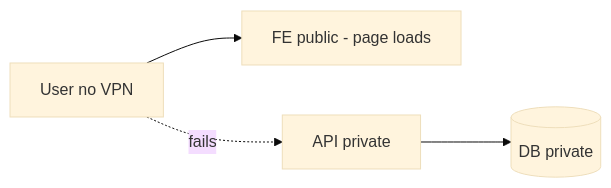
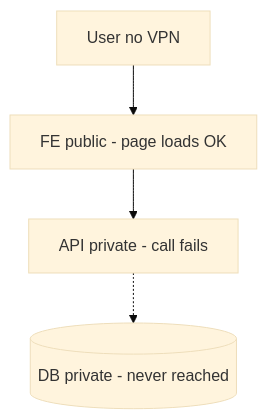
Before and after one commit to shashankdkte/dev-drop: the sixth of 8 diagrams in sakura-v2/public/fe1.md, drawn with Mermaid (base theme). The commit also changed other lines of this file, not shown here.

````diff
--- a/sakura-v2/public/fe1.md
+++ b/sakura-v2/public/fe1.md
@@ -185,6 +184,6 @@
 ```mermaid
-flowchart LR
-  U[User no VPN] --> FE[FE public - page loads]
-  U -.->|fails| API[API private]
-  API --> DB[(DB private)]
+flowchart TB
+  U[User no VPN] --> FE[FE public - page loads OK]
+  FE --> API[API private - call fails]
+  API -.-> DB[(DB private - never reached)]
 ```
````
